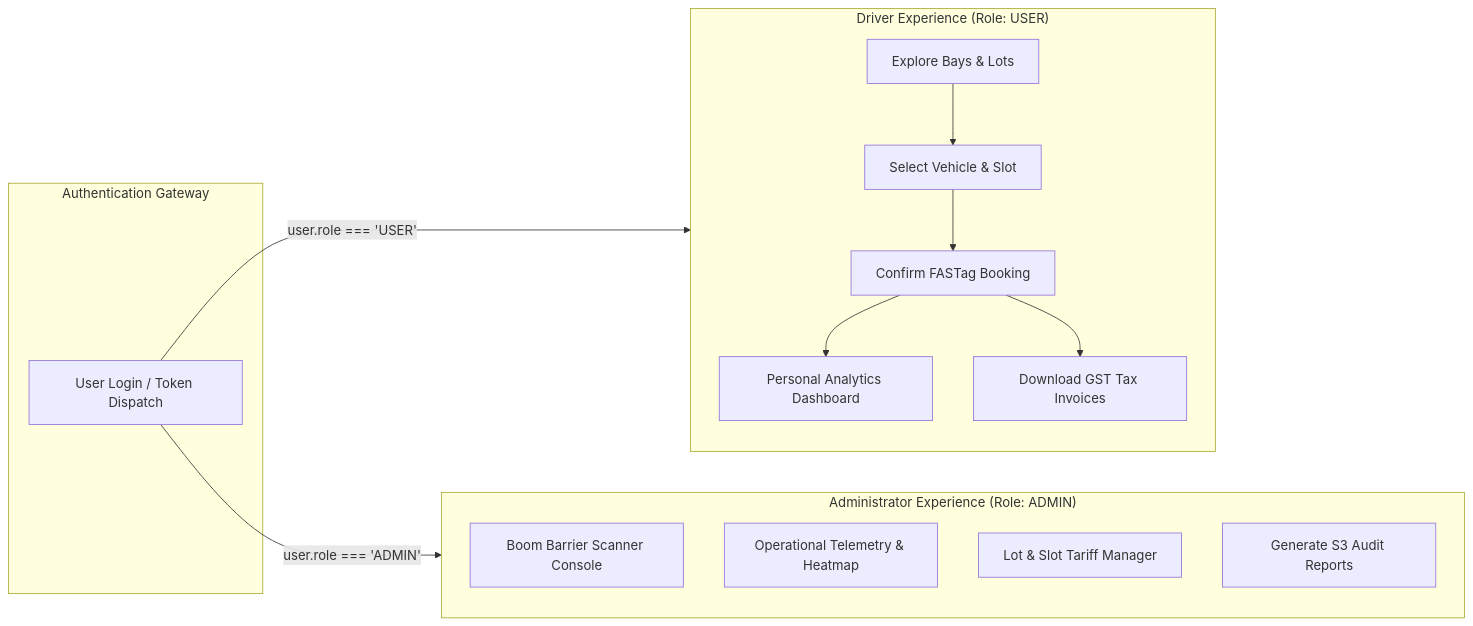
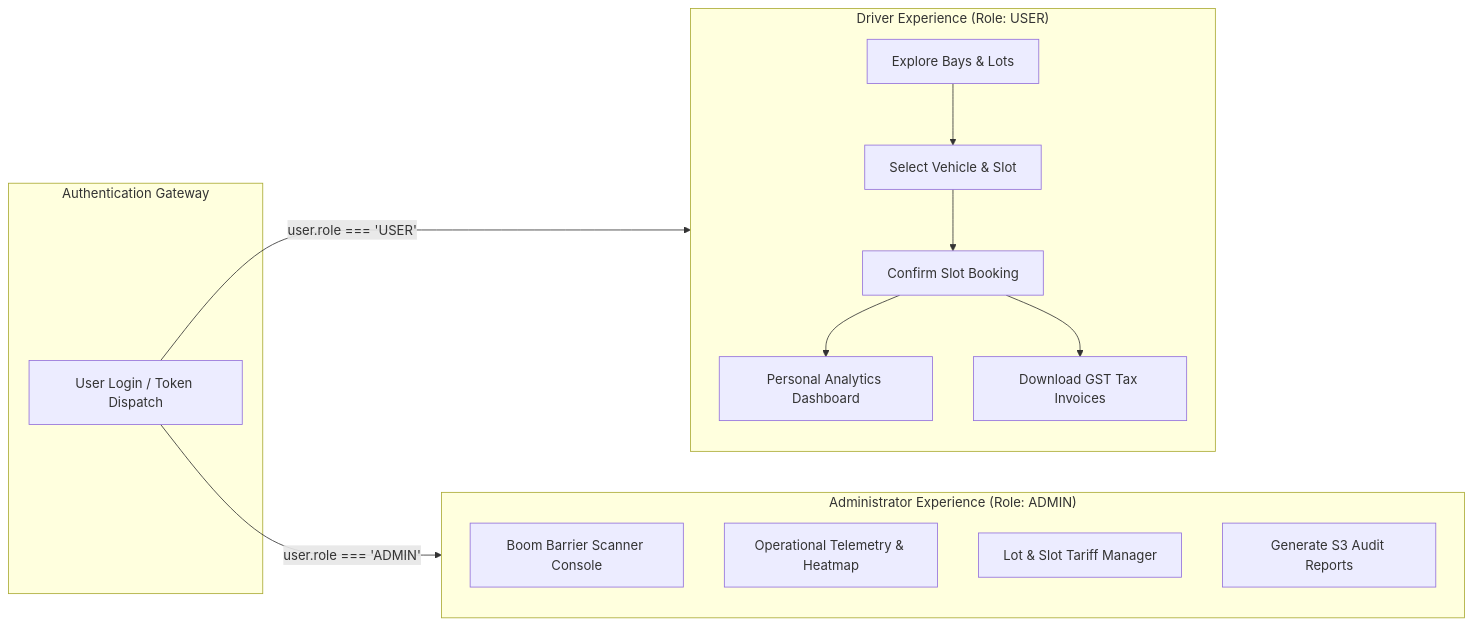
One commit to amosnunes01/ParkCloud changed the second of 2 diagrams in PROJECT_REPORT.md. Above: the diagram before and after it, drawn with Mermaid. The commit also changed other lines of this file and 1 other file, not shown here.

Commit message:
docs: update public IP to 13.203.192.73 and replace unimplemented FASTag references with digital QR pass

````diff
--- a/PROJECT_REPORT.md
+++ b/PROJECT_REPORT.md
@@ -124,23 +124,23 @@
 ```mermaid
 flowchart LR
     subgraph Auth ["Authentication Gateway"]
         Login["User Login / Token Dispatch"]
     end
 
     subgraph DriverWorkflow ["Driver Experience (Role: USER)"]
         D1["Explore Bays & Lots"] --> D2["Select Vehicle & Slot"]
-        D2 --> D3["Confirm FASTag Booking"]
+        D2 --> D3["Confirm Slot Booking"]
         D3 --> D4["Personal Analytics Dashboard"]
         D3 --> D5["Download GST Tax Invoices"]
     end
 
     subgraph AdminWorkflow ["Administrator Experience (Role: ADMIN)"]
         A1["Boom Barrier Scanner Console"]
         A2["Operational Telemetry & Heatmap"]
         A3["Lot & Slot Tariff Manager"]
         A4["Generate S3 Audit Reports"]
     end
 
     Login -->|user.role === 'USER'| DriverWorkflow
     Login -->|user.role === 'ADMIN'| AdminWorkflow
 ```
````
